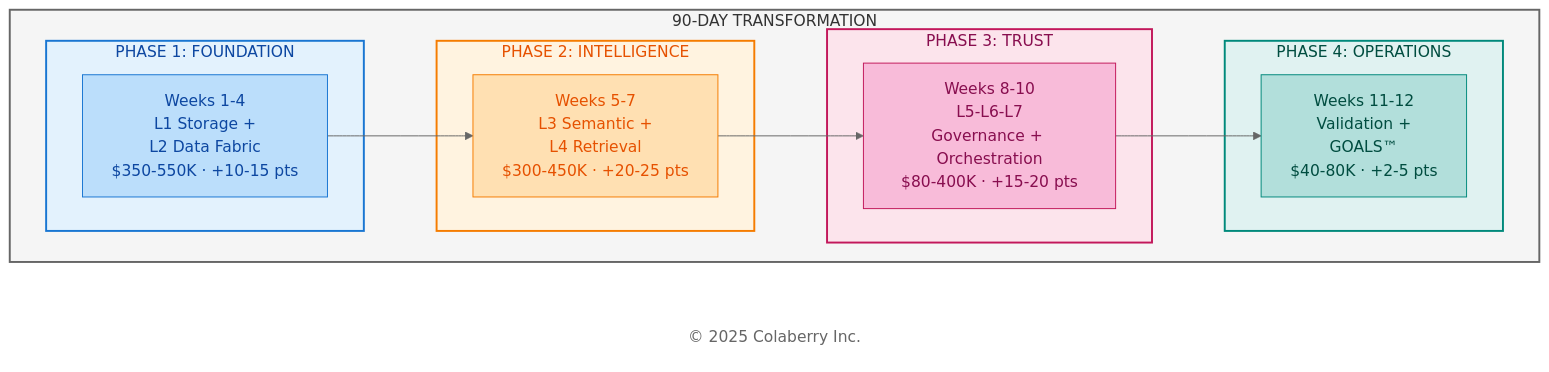
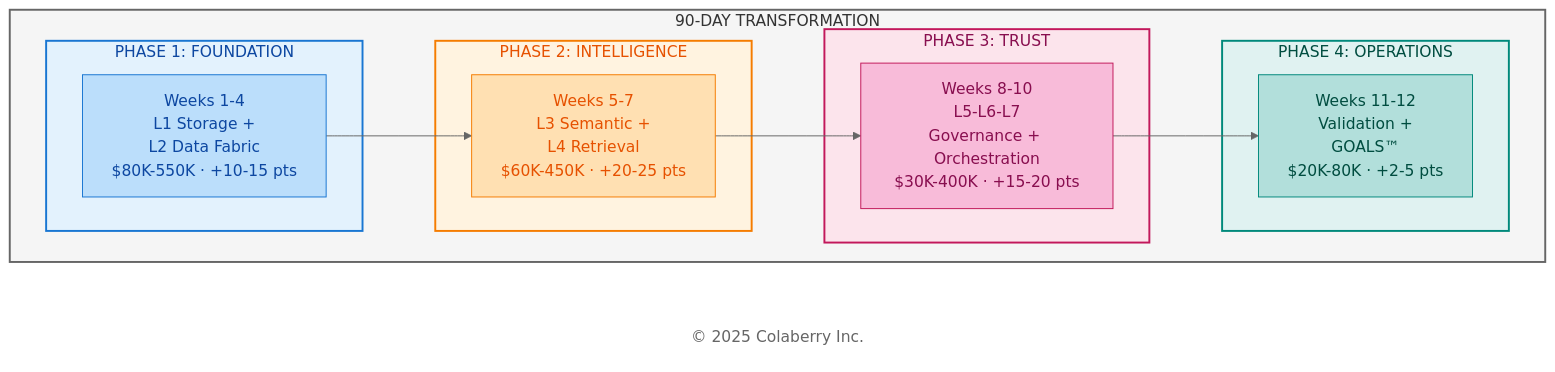
Before and after one commit to saitejesh-cyber/trust-before-intelligence-book: the second of 7 diagrams in manuscript/11_chapter_10_week_by_week_implementation.md, drawn with Mermaid (neutral theme). The commit also changed 26 other files, not shown here.

````diff
--- a/manuscript/11_chapter_10_week_by_week_implementation.md
+++ b/manuscript/11_chapter_10_week_by_week_implementation.md
@@ -145,38 +145,38 @@
 ```mermaid
 
 graph LR
     subgraph JOURNEY["90-DAY TRANSFORMATION"]
         direction LR
         subgraph PHASE1["PHASE 1: FOUNDATION"]
-            P1["Weeks 1-4<br/>L1 Storage +<br/> L2 Data Fabric<br/>$350-550K · +10-15 pts"]
+            P1["Weeks 1-4<br/>L1 Storage +<br/> L2 Data Fabric<br/>$80K-550K · +10-15 pts"]
         end
-        
+
         subgraph PHASE2["PHASE 2: INTELLIGENCE"]
-            P2["Weeks 5-7<br/>L3 Semantic +<br/> L4 Retrieval<br/>$300-450K · +20-25 pts"]
+            P2["Weeks 5-7<br/>L3 Semantic +<br/> L4 Retrieval<br/>$60K-450K · +20-25 pts"]
         end
-        
+
         subgraph PHASE3["PHASE 3: TRUST"]
-            P3["Weeks 8-10<br/>L5-L6-L7<br/>Governance + Orchestration<br/>$80-400K · +15-20 pts"]
+            P3["Weeks 8-10<br/>L5-L6-L7<br/>Governance + Orchestration<br/>$30K-400K · +15-20 pts"]
         end
-        
+
         subgraph PHASE4["PHASE 4: OPERATIONS"]
-            P4["Weeks 11-12<br/>Validation +<br/> GOALS™<br/>$40-80K · +2-5 pts"]
+            P4["Weeks 11-12<br/>Validation +<br/> GOALS™<br/>$20K-80K · +2-5 pts"]
         end
     end
     
     Copyright["© 2025 Colaberry Inc."]
     
     P1 --> P2 --> P3 --> P4
     
     style JOURNEY fill:#f5f5f5,stroke:#666666,stroke-width:2px,color:#333333
     style PHASE1 fill:#e3f2fd,stroke:#1976d2,stroke-width:2px,color:#0d47a1
     style PHASE2 fill:#fff3e0,stroke:#f57c00,stroke-width:2px,color:#e65100
     style PHASE3 fill:#fce4ec,stroke:#c2185b,stroke-width:2px,color:#880e4f
     style PHASE4 fill:#e0f2f1,stroke:#00897b,stroke-width:2px,color:#004d40
     style P1 fill:#bbdefb,stroke:#1976d2,color:#0d47a1
     style P2 fill:#ffe0b2,stroke:#f57c00,color:#e65100
     style P3 fill:#f8bbd9,stroke:#c2185b,color:#880e4f
     style P4 fill:#b2dfdb,stroke:#00897b,color:#004d40
     style Copyright fill:#ffffff,stroke:none,color:#666666
 
 ```
````
